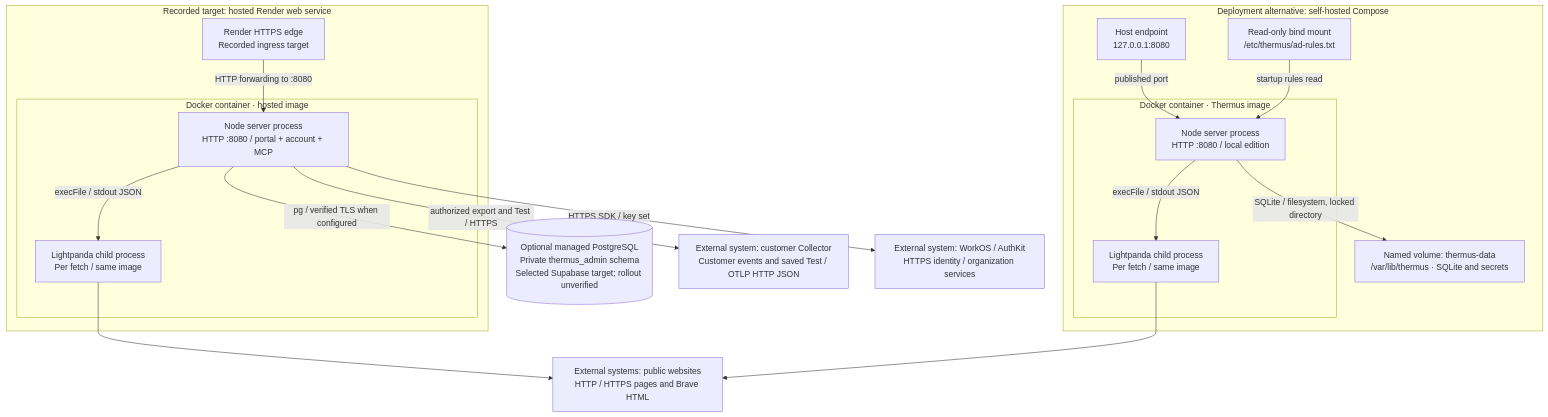
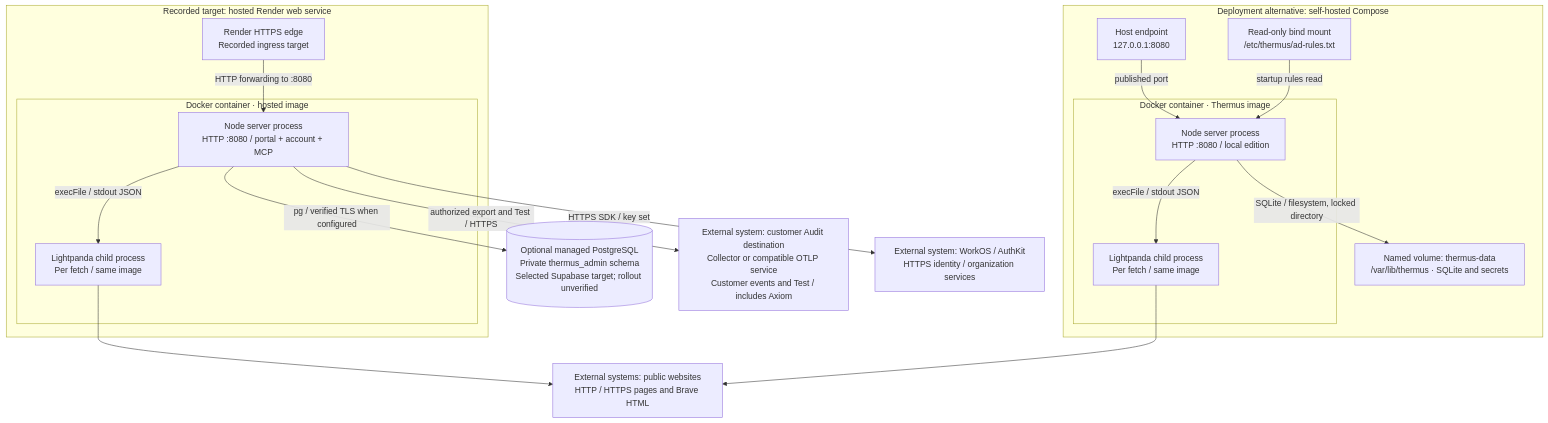
Before and after one commit to tomer-mayara/Thermus: diagram 13 of 13 in architecture/components.md, drawn with Mermaid. The commit also changed other lines of this file and 57 other files, not shown here.

Commit message:
Add direct Axiom Audit destinations and prepare rollout notices

````diff
--- a/architecture/components.md
+++ b/architecture/components.md
@@ -850,35 +869,35 @@
 ```mermaid
 %%{init: {"flowchart": {"wrappingWidth": 260}}}%%
 flowchart TB
   subgraph deploy_local["Deployment alternative: self-hosted Compose"]
     deploy_loopback["Host endpoint<br/>127.0.0.1:8080"]
     subgraph deploy_local_docker["Docker container · Thermus image"]
       deploy_local_node["Node server process<br/>HTTP :8080 / local edition"]
       deploy_local_child["Lightpanda child process<br/>Per fetch / same image"]
     end
     deploy_volume["Named volume: thermus-data<br/>/var/lib/thermus · SQLite and secrets"]
     deploy_rules["Read-only bind mount<br/>/etc/thermus/ad-rules.txt"]
     deploy_loopback -->|published port| deploy_local_node
     deploy_local_node -->|execFile / stdout JSON| deploy_local_child
     deploy_local_node -->|SQLite / filesystem, locked directory| deploy_volume
     deploy_rules -->|startup rules read| deploy_local_node
   end
   subgraph deploy_hosted["Recorded target: hosted Render web service"]
     deploy_edge["Render HTTPS edge<br/>Recorded ingress target"]
     subgraph deploy_hosted_docker["Docker container · hosted image"]
       deploy_hosted_node["Node server process<br/>HTTP :8080 / portal + account + MCP"]
       deploy_hosted_child["Lightpanda child process<br/>Per fetch / same image"]
     end
     deploy_edge -->|HTTP forwarding to :8080| deploy_hosted_node
     deploy_hosted_node -->|execFile / stdout JSON| deploy_hosted_child
   end
   deploy_settings[("Optional managed PostgreSQL<br/>Private thermus_admin schema<br/>Selected Supabase target; rollout unverified")]
   deploy_hosted_node -->|pg / verified TLS when configured| deploy_settings
-  deploy_collector["External system: customer Collector<br/>Customer events and saved Test / OTLP HTTP JSON"]
+  deploy_collector["External system: customer Audit destination<br/>Collector or compatible OTLP service<br/>Customer events and Test / includes Axiom"]
   deploy_hosted_node -->|authorized export and Test / HTTPS| deploy_collector
   deploy_workos["External system: WorkOS / AuthKit<br/>HTTPS identity / organization services"]
   deploy_public["External systems: public websites<br/>HTTP / HTTPS pages and Brave HTML"]
   deploy_hosted_node -->|HTTPS SDK / key set| deploy_workos
   deploy_hosted_child --> deploy_public
   deploy_local_child --> deploy_public
 ```
````
